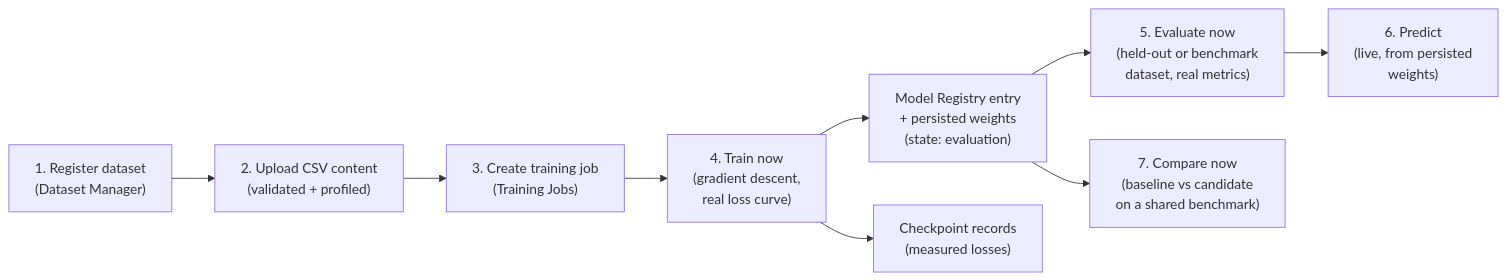
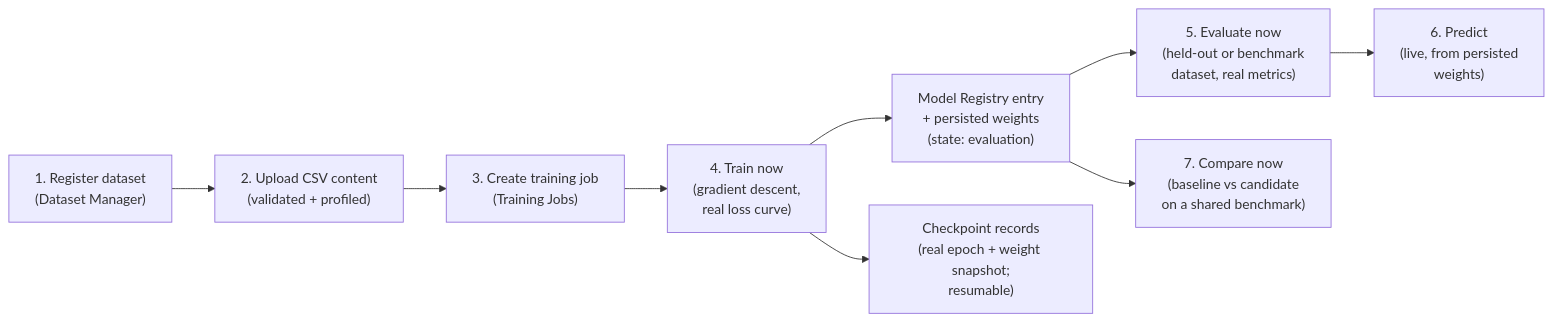
Before and after one commit to LordAries1972/MasterAI: diagram 13 of 14 in docs/HowToUse-MachineLearning.md, drawn with Mermaid. The commit also changed other lines of this file and 19 other files, not shown here.

````diff
--- a/docs/HowToUse-MachineLearning.md
+++ b/docs/HowToUse-MachineLearning.md
@@ -1132,11 +1132,11 @@
 ```mermaid
 flowchart LR
     A["1. Register dataset<br/>(Dataset Manager)"] --> B["2. Upload CSV content<br/>(validated + profiled)"]
     B --> C["3. Create training job<br/>(Training Jobs)"]
     C --> D["4. Train now<br/>(gradient descent,<br/>real loss curve)"]
     D --> E["Model Registry entry<br/>+ persisted weights<br/>(state: evaluation)"]
-    D --> F["Checkpoint records<br/>(measured losses)"]
+    D --> F["Checkpoint records<br/>(real epoch + weight snapshot;<br/>resumable)"]
     E --> G["5. Evaluate now<br/>(held-out or benchmark<br/>dataset, real metrics)"]
     G --> H["6. Predict<br/>(live, from persisted<br/>weights)"]
     E --> I["7. Compare now<br/>(baseline vs candidate<br/>on a shared benchmark)"]
 ```
````
